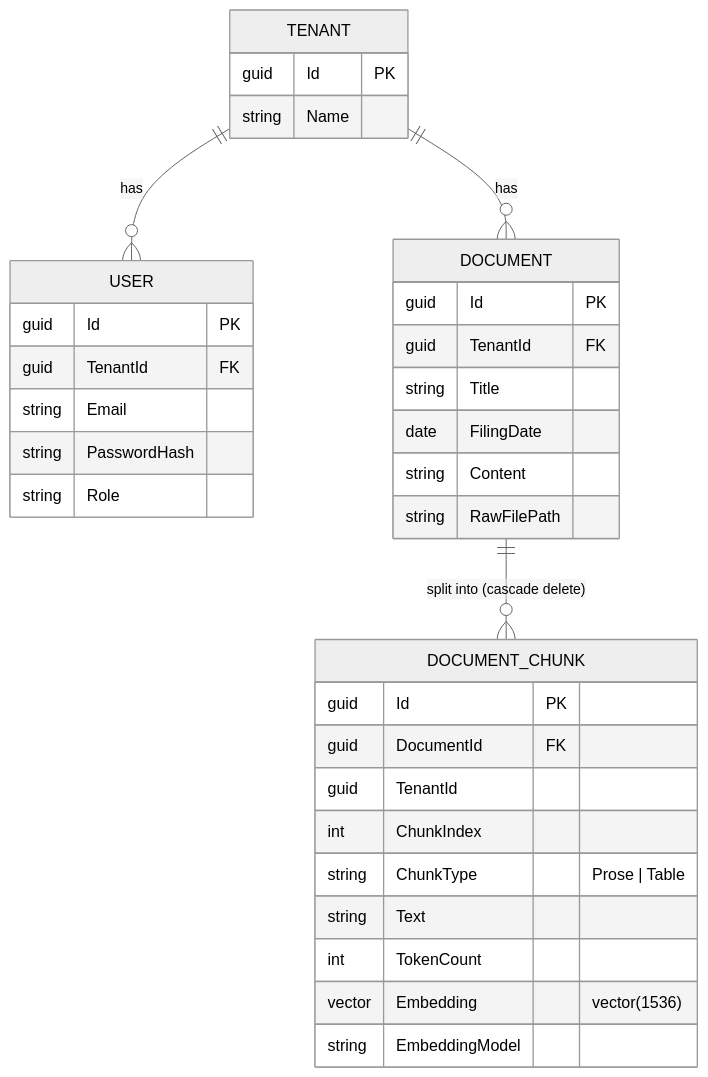
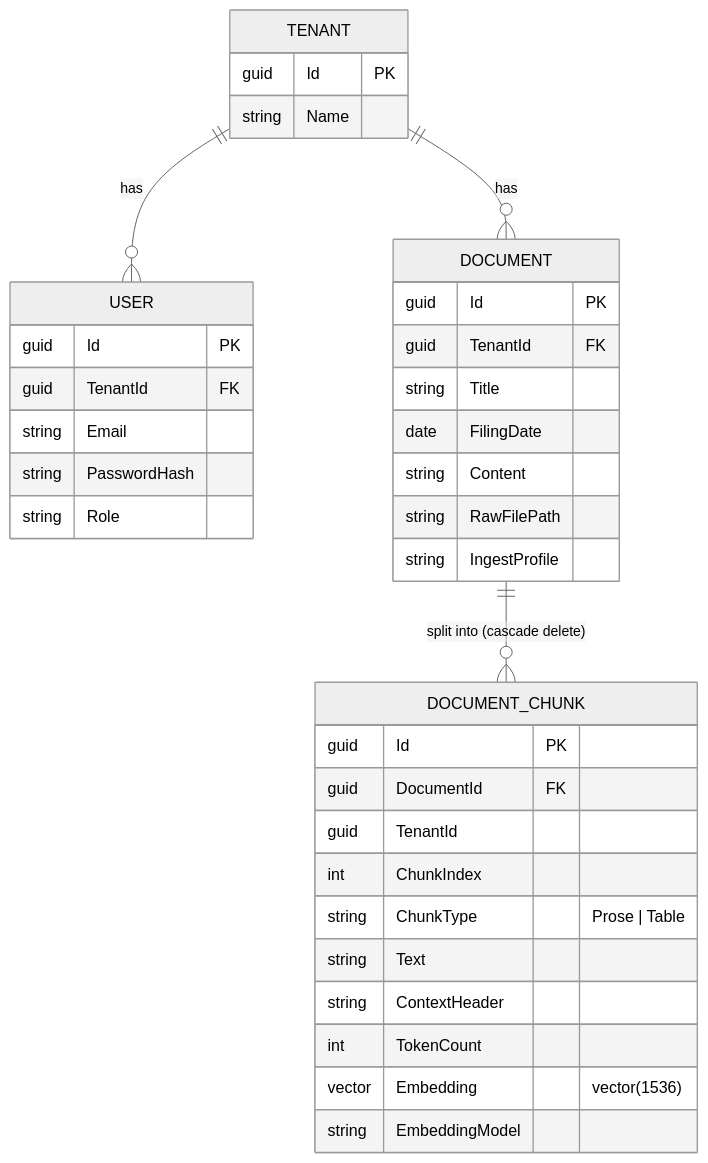
Before and after one commit to DanielyanArtyom/dotnet-mcp-rag-server: the fifth of 5 diagrams in README.md, drawn with Mermaid (neutral theme). The commit also changed other lines of this file and 2 other files, not shown here.

````diff
--- a/README.md
+++ b/README.md
@@ -93,37 +120,39 @@
 ```mermaid
 erDiagram
     TENANT ||--o{ USER : has
     TENANT ||--o{ DOCUMENT : has
     DOCUMENT ||--o{ DOCUMENT_CHUNK : "split into (cascade delete)"
 
     TENANT {
         guid Id PK
         string Name
     }
     USER {
         guid Id PK
         guid TenantId FK
         string Email
         string PasswordHash
         string Role
     }
     DOCUMENT {
         guid Id PK
         guid TenantId FK
         string Title
         date FilingDate
         string Content
         string RawFilePath
+        string IngestProfile
     }
     DOCUMENT_CHUNK {
         guid Id PK
         guid DocumentId FK
         guid TenantId
         int ChunkIndex
         string ChunkType "Prose | Table"
         string Text
+        string ContextHeader
         int TokenCount
         vector Embedding "vector(1536)"
         string EmbeddingModel
     }
 ```
````
